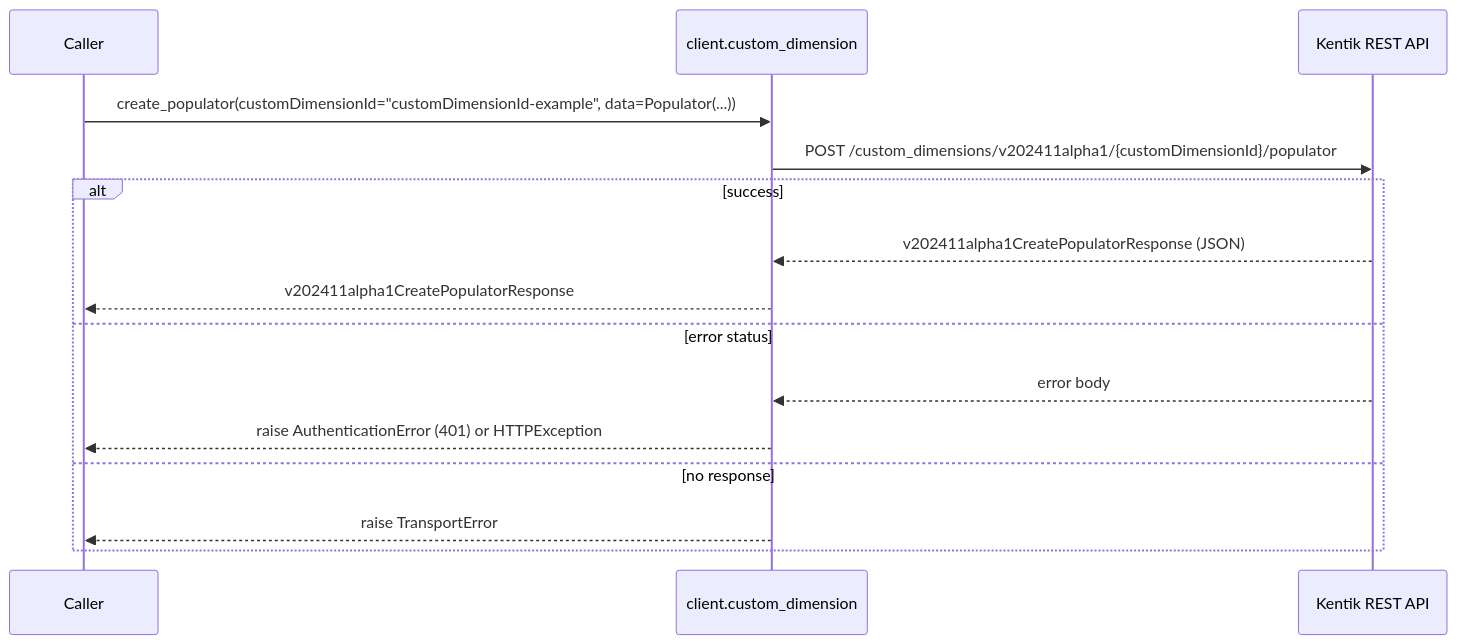
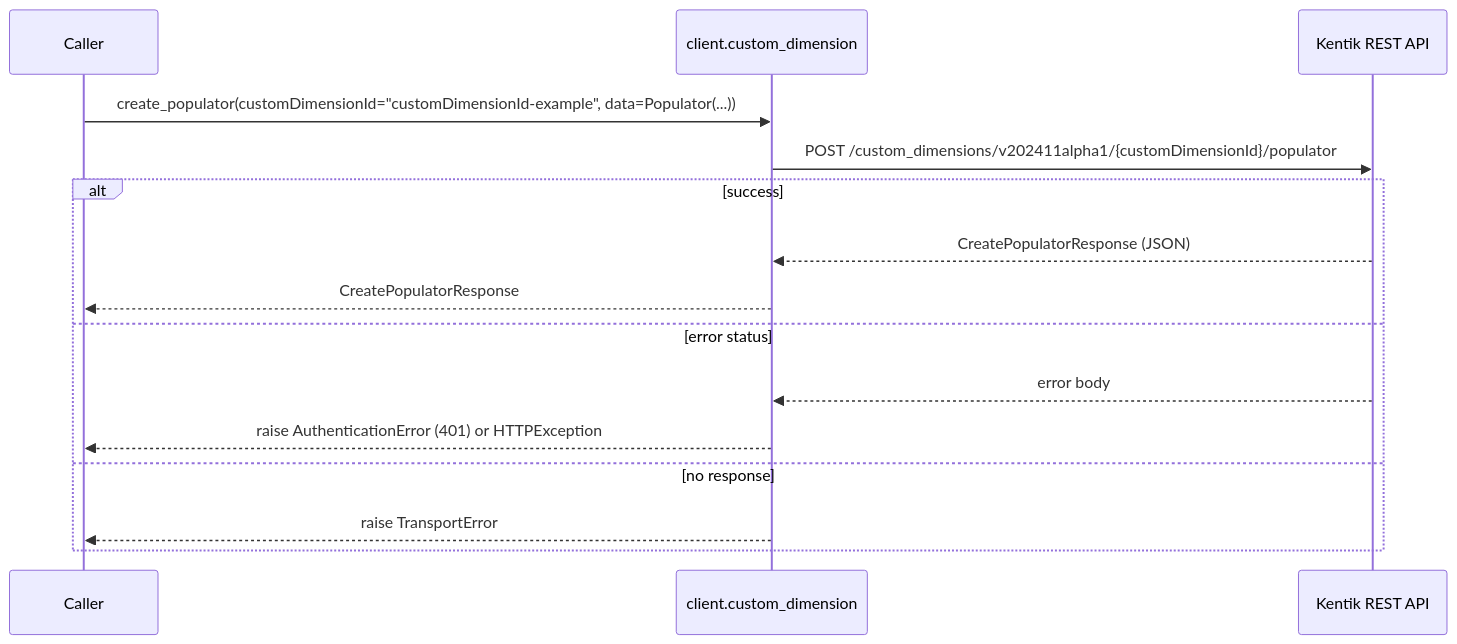
One commit to alexdearaujo/community_sdk_python changed the tenth of 22 diagrams in docs/sphinx/services/custom_dimension.md. Above: the diagram before and after it, drawn with Mermaid. The commit also changed other lines of this file and 38 other files, not shown here.

````diff
--- a/docs/sphinx/services/custom_dimension.md
+++ b/docs/sphinx/services/custom_dimension.md
@@ -336,18 +336,18 @@
 ```mermaid
 sequenceDiagram
     participant C as Caller
     participant W as client.custom_dimension
     participant API as Kentik REST API
 
     C->>W: create_populator(customDimensionId="customDimensionId-example", data=Populator(...))
     W->>API: POST /custom_dimensions/v202411alpha1/{customDimensionId}/populator
     alt success
-        API-->>W: v202411alpha1CreatePopulatorResponse (JSON)
-        W-->>C: v202411alpha1CreatePopulatorResponse
+        API-->>W: CreatePopulatorResponse (JSON)
+        W-->>C: CreatePopulatorResponse
     else error status
         API-->>W: error body
         W-->>C: raise AuthenticationError (401) or HTTPException
     else no response
         W-->>C: raise TransportError
     end
 ```
````
